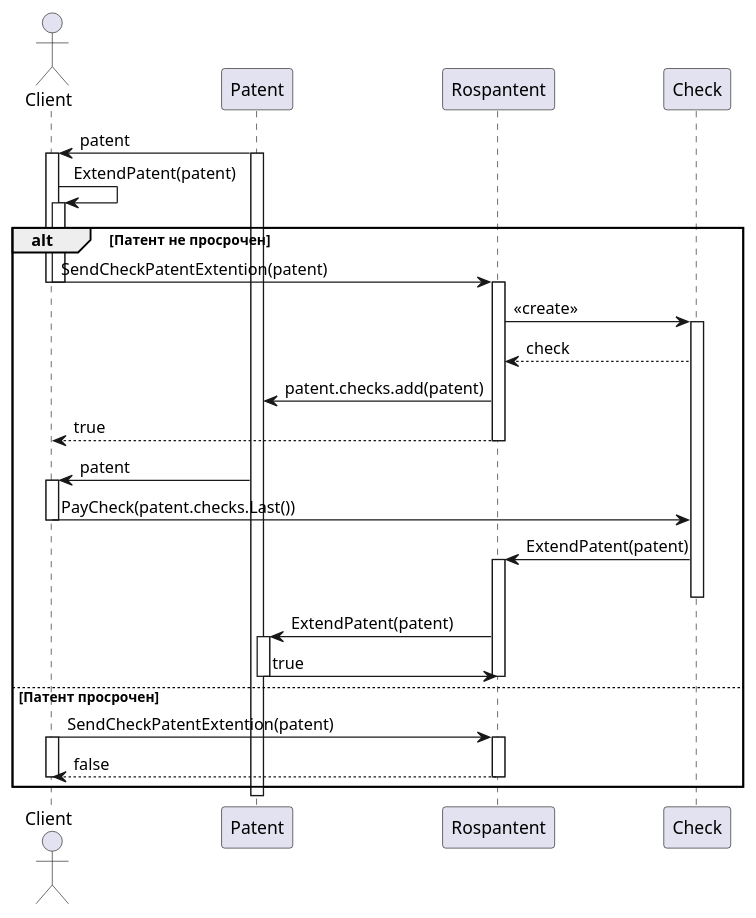
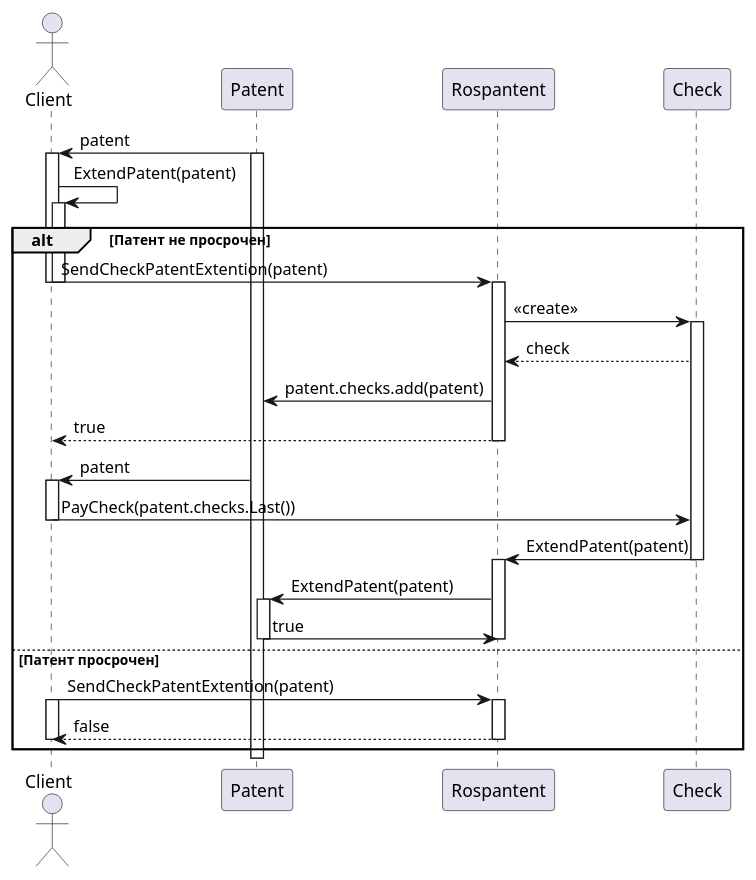
One commit to DmitryZero/OOP_Testing changed the diagram in plantuml/sequenceDiagramm/patentExtension.puml. Above: the diagram before and after it, drawn with PlantUML. The commit also changed 38 other files, not shown here.

```diff
--- a/plantuml/sequenceDiagramm/patentExtension.puml
+++ b/plantuml/sequenceDiagramm/patentExtension.puml
@@ -1,47 +1,47 @@
 @startuml "SequenceDiagrammPatentRegistration"
 actor Client
 participant Patent
 participant Rospantent
 participant Check
 
 
 Client<-Patent: patent
 activate Client
 activate Patent
 Client->Client: ExtendPatent(patent)
 activate Client
 alt Патент не просрочен    
     Client->Rospantent: SendCheckPatentExtention(patent)
     deactivate Client
     deactivate Client
     activate Rospantent
     Rospantent->Check: <<create>>
     activate Check
     Rospantent<--Check: check    
     Patent<-Rospantent: patent.checks.add(patent)    
     Client<--Rospantent: true    
     deactivate Rospantent
 
     Client<-Patent: patent
     activate Client    
     Client->Check: PayCheck(patent.checks.Last())
     deactivate Client        
     Rospantent<-Check: ExtendPatent(patent)
-    activate Rospantent
     deactivate Check
+    activate Rospantent    
     Patent<-Rospantent: ExtendPatent(patent)
     activate Patent
     Patent->Rospantent: true
     deactivate Patent
     deactivate Rospantent      
 else Патент просрочен
     Client->Rospantent: SendCheckPatentExtention(patent)
     activate Client
     activate Rospantent
     Client<--Rospantent: false
     deactivate Rospantent    
     deactivate Client
 end
 deactivate Patent  
 
 @enduml
```
